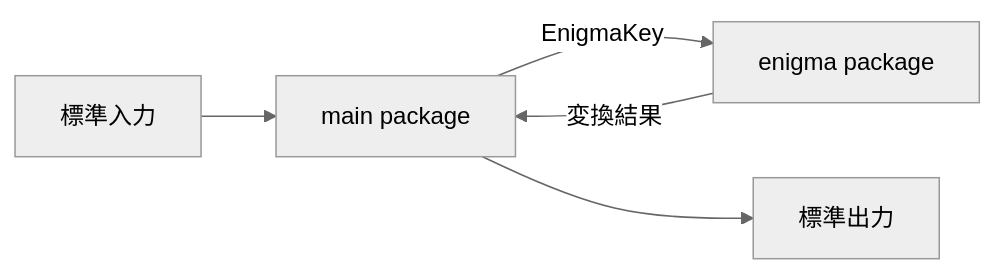
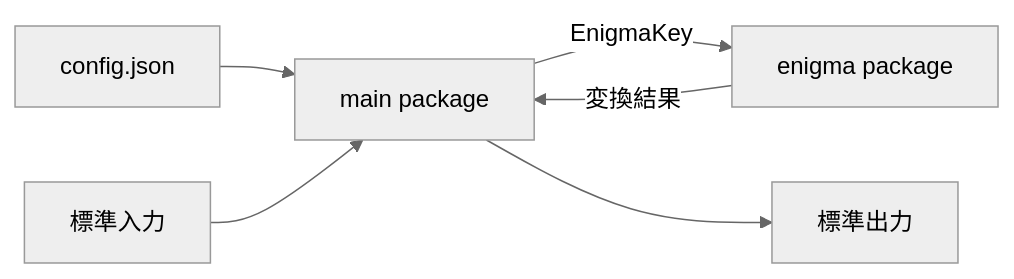
Before and after one commit to neko3cs/enigma-emulator: the diagram in docs/architecture.md, drawn with Mermaid (neutral theme). The commit also changed other lines of this file and 9 other files, not shown here.

````diff
--- a/docs/architecture.md
+++ b/docs/architecture.md
@@ -5,7 +5,8 @@
 ```mermaid
 flowchart LR
-    stdin[標準入力] --> main[main package]
+    config[config.json] --> main[main package]
+    stdin[標準入力] --> main
     main -->|EnigmaKey| enigma[enigma package]
     enigma -->|変換結果| main
     main --> stdout[標準出力]
 ```
````
